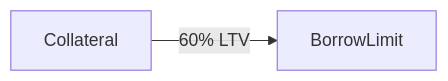
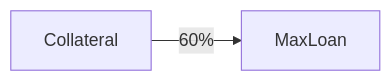
The second of 7 diagrams in Collaterized-Lending-App/user-manual.md (Savissy/Cardano-Dapps), drawn with Mermaid before and after one commit. The commit also changed other lines of this file, not shown here.

````diff
--- a/Collaterized-Lending-App/user-manual.md
+++ b/Collaterized-Lending-App/user-manual.md
@@ -175,4 +85,4 @@
 ```mermaid
 flowchart LR
-    Collateral -->|60% LTV| BorrowLimit
+    Collateral -->|60%| MaxLoan
 ```
````
